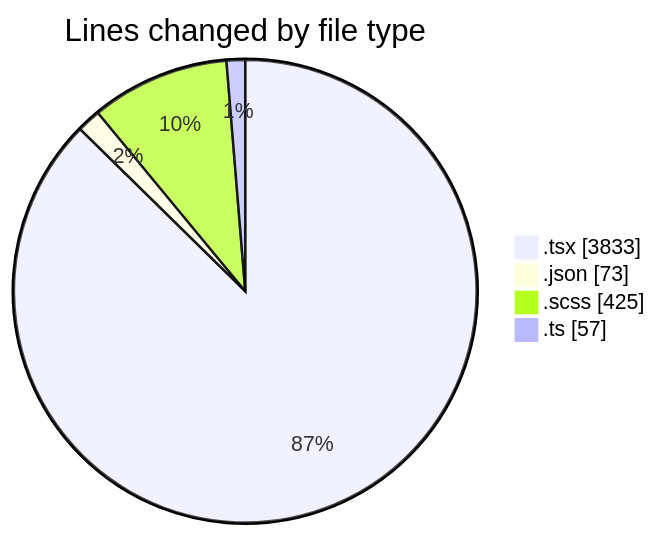
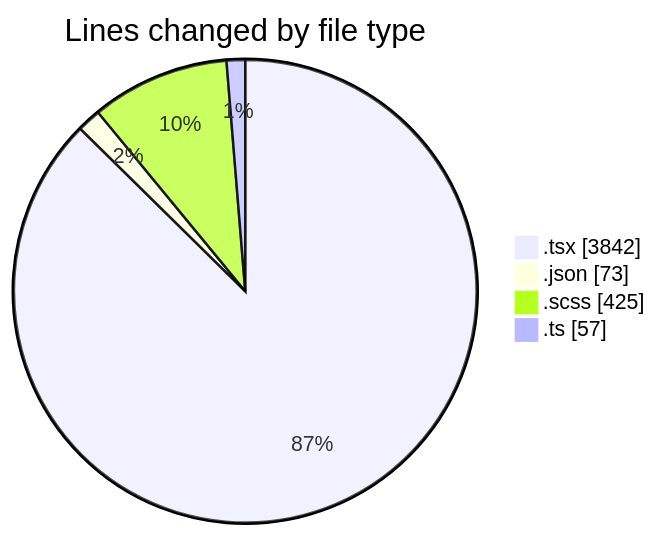
One commit to momahboobian/code-tracking changed the first of 2 diagrams in 2025-10-02/cda/README.md. Above: the diagram before and after it, drawn with Mermaid. The commit also changed other lines of this file and 1 other file, not shown here.

````diff
--- a/2025-10-02/cda/README.md
+++ b/2025-10-02/cda/README.md
@@ -29,8 +29,8 @@
 ```mermaid
 pie showData
 title Lines changed by file type
-".tsx" : 3833
+".tsx" : 3842
 ".json" : 73
 ".scss" : 425
 ".ts" : 57
 ```
````
